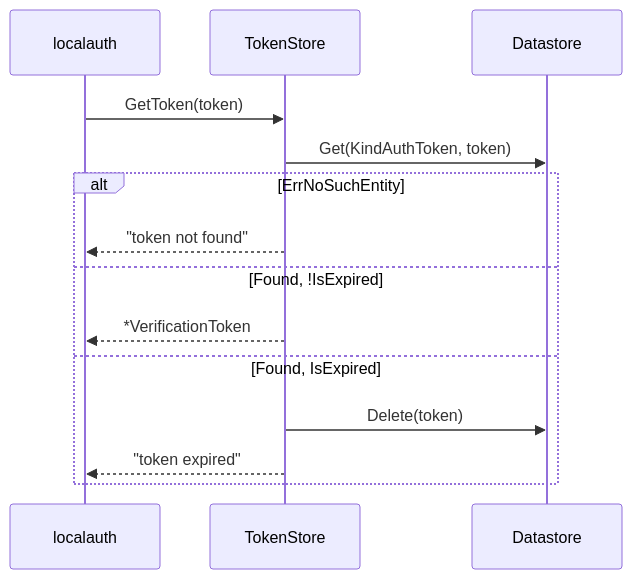
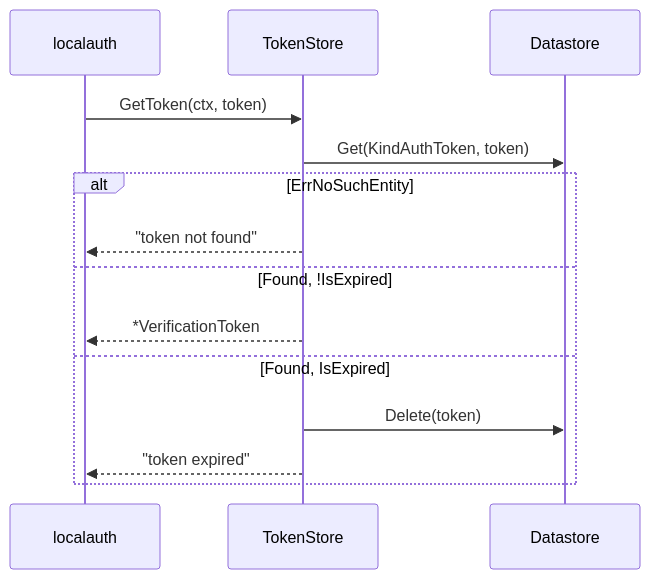
Before and after one commit to panyam/oneauth: the fourth of 4 diagrams in stores/gae/DESIGN.md, drawn with Mermaid. The commit also changed other lines of this file and 38 other files, not shown here.

````diff
--- a/stores/gae/DESIGN.md
+++ b/stores/gae/DESIGN.md
@@ -135,17 +135,17 @@
 ```mermaid
 sequenceDiagram
     participant Caller as localauth
     participant TS as TokenStore
     participant DS as Datastore
 
-    Caller->>TS: GetToken(token)
+    Caller->>TS: GetToken(ctx, token)
     TS->>DS: Get(KindAuthToken, token)
     alt ErrNoSuchEntity
         TS-->>Caller: "token not found"
     else Found, !IsExpired
         TS-->>Caller: *VerificationToken
     else Found, IsExpired
         TS->>DS: Delete(token)
         TS-->>Caller: "token expired"
     end
 ```
````
